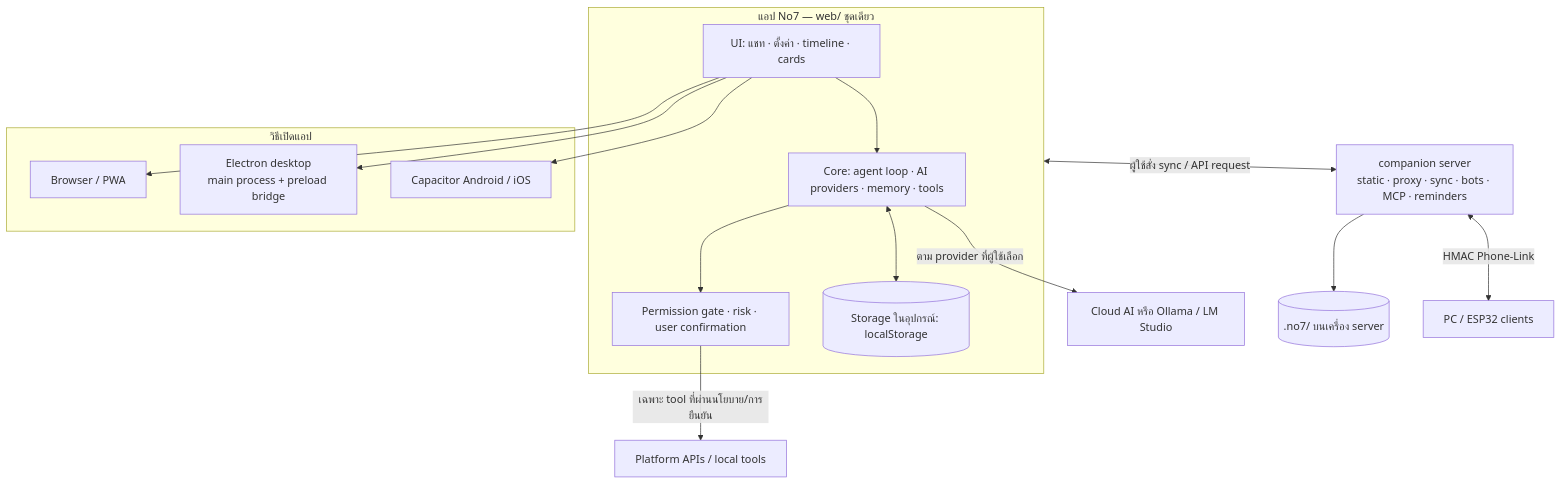
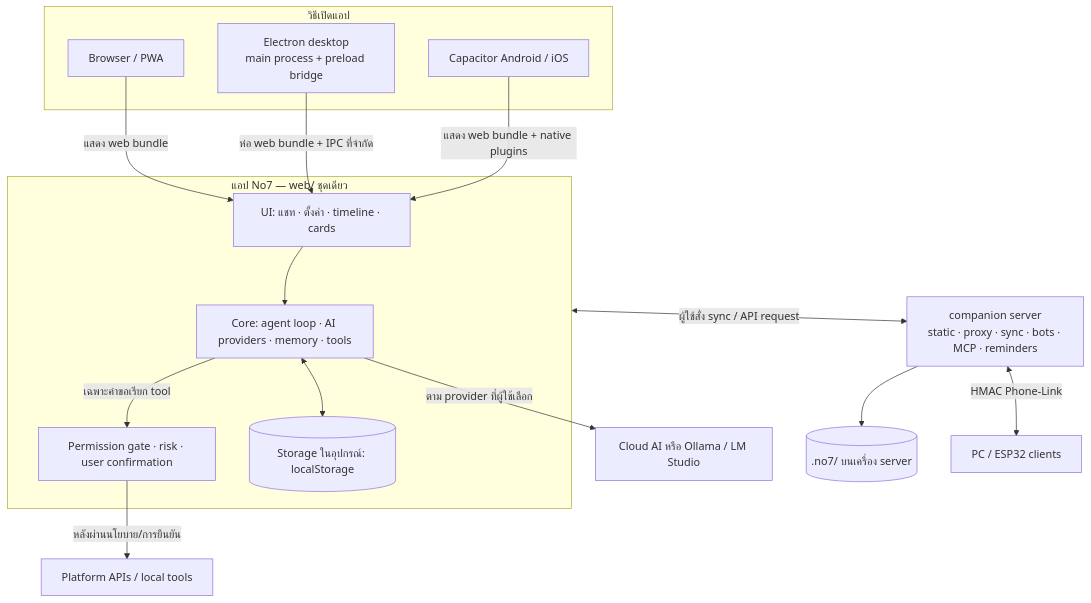
Before and after one commit to danaikointa-maker/No7PersonalAIBot: the first of 3 diagrams in README.md, drawn with Mermaid. The commit also changed other lines of this file and 1 other file, not shown here.

````diff
--- a/README.md
+++ b/README.md
@@ -261,24 +273,25 @@
 ```mermaid
 flowchart TB
   subgraph CLIENT[แอป No7 — web/ ชุดเดียว]
     UI[UI: แชท · ตั้งค่า · timeline · cards]
     CORE[Core: agent loop · AI providers · memory · tools]
     GATE[Permission gate · risk · user confirmation]
     STORE[(Storage ในอุปกรณ์: localStorage)]
-    UI --> CORE --> GATE
+    UI --> CORE
     CORE <--> STORE
+    CORE -->|เฉพาะคำขอเรียก tool| GATE
   end
   subgraph HOSTS[วิธีเปิดแอป]
     PWA[Browser / PWA]
     ELECTRON[Electron desktop<br/>main process + preload bridge]
     CAP[Capacitor Android / iOS]
   end
-  UI --> PWA
-  UI --> ELECTRON
-  UI --> CAP
-  GATE -->|เฉพาะ tool ที่ผ่านนโยบาย/การยืนยัน| HOSTAPI[Platform APIs / local tools]
+  PWA -->|แสดง web bundle| UI
+  ELECTRON -->|ห่อ web bundle + IPC ที่จำกัด| UI
+  CAP -->|แสดง web bundle + native plugins| UI
+  GATE -->|หลังผ่านนโยบาย/การยืนยัน| HOSTAPI[Platform APIs / local tools]
   CORE -->|ตาม provider ที่ผู้ใช้เลือก| AI[Cloud AI หรือ Ollama / LM Studio]
   CLIENT <-->|ผู้ใช้สั่ง sync / API request| SERVER[companion server<br/>static · proxy · sync · bots · MCP · reminders]
   SERVER --> FILES[(.no7/ บนเครื่อง server)]
   SERVER <-->|HMAC Phone-Link| DEV[PC / ESP32 clients]
 ```
````
